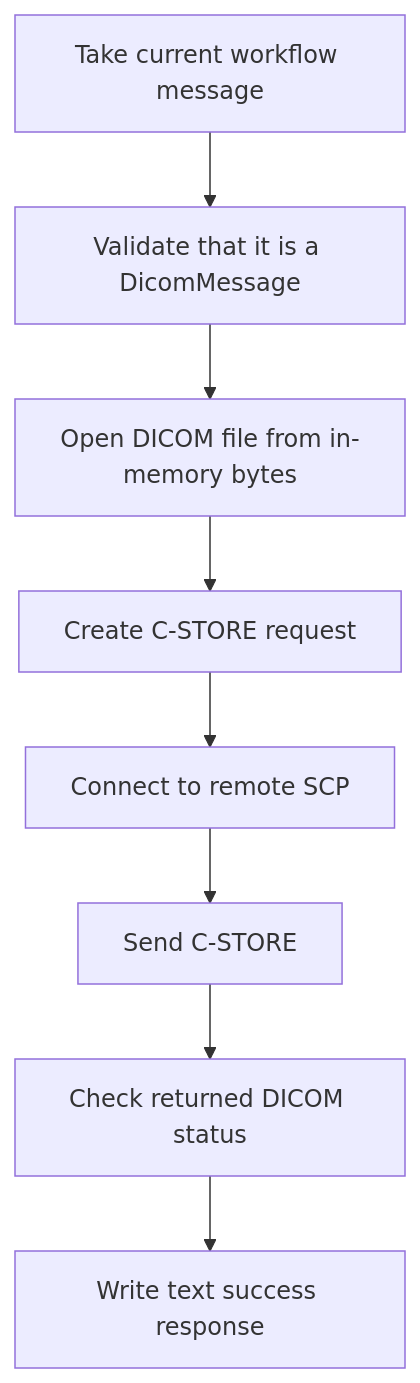
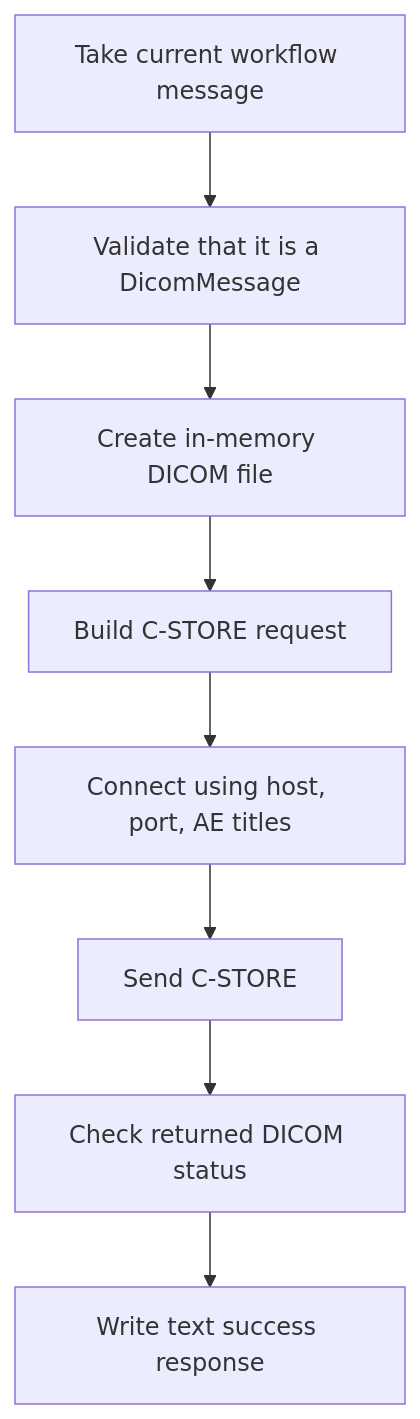
The diagram in docs/workflow/sender-activities/dicom-sender.md (IntegrationSoup/Documentation), drawn with Mermaid before and after one commit. The commit also changed other lines of this file and 6 other files, not shown here.

````diff
--- a/docs/workflow/sender-activities/dicom-sender.md
+++ b/docs/workflow/sender-activities/dicom-sender.md
@@ -11,10 +11,10 @@
 ```mermaid
 flowchart TD
     A[Take current workflow message] --> B[Validate that it is a DicomMessage]
-    B --> C[Open DICOM file from in-memory bytes]
-    C --> D[Create C-STORE request]
-    D --> E[Connect to remote SCP]
+    B --> C[Create in-memory DICOM file]
+    C --> D[Build C-STORE request]
+    D --> E[Connect using host, port, AE titles]
     E --> F[Send C-STORE]
     F --> G[Check returned DICOM status]
     G --> H[Write text success response]
 ```
````
